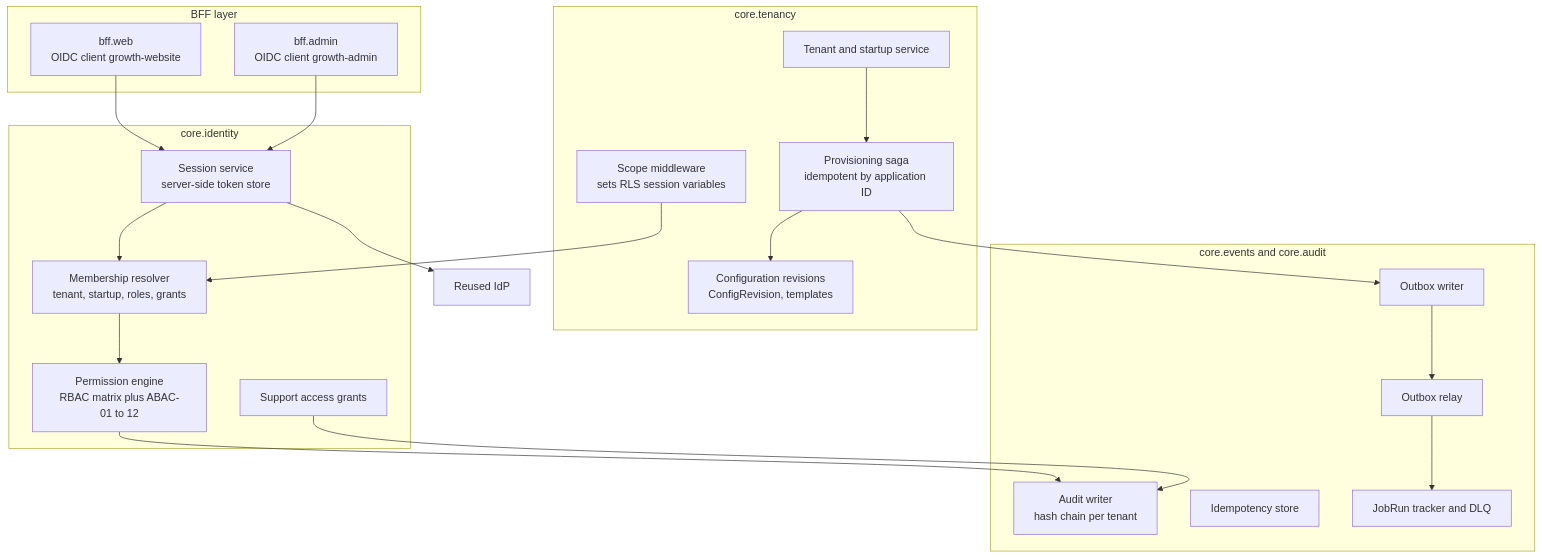
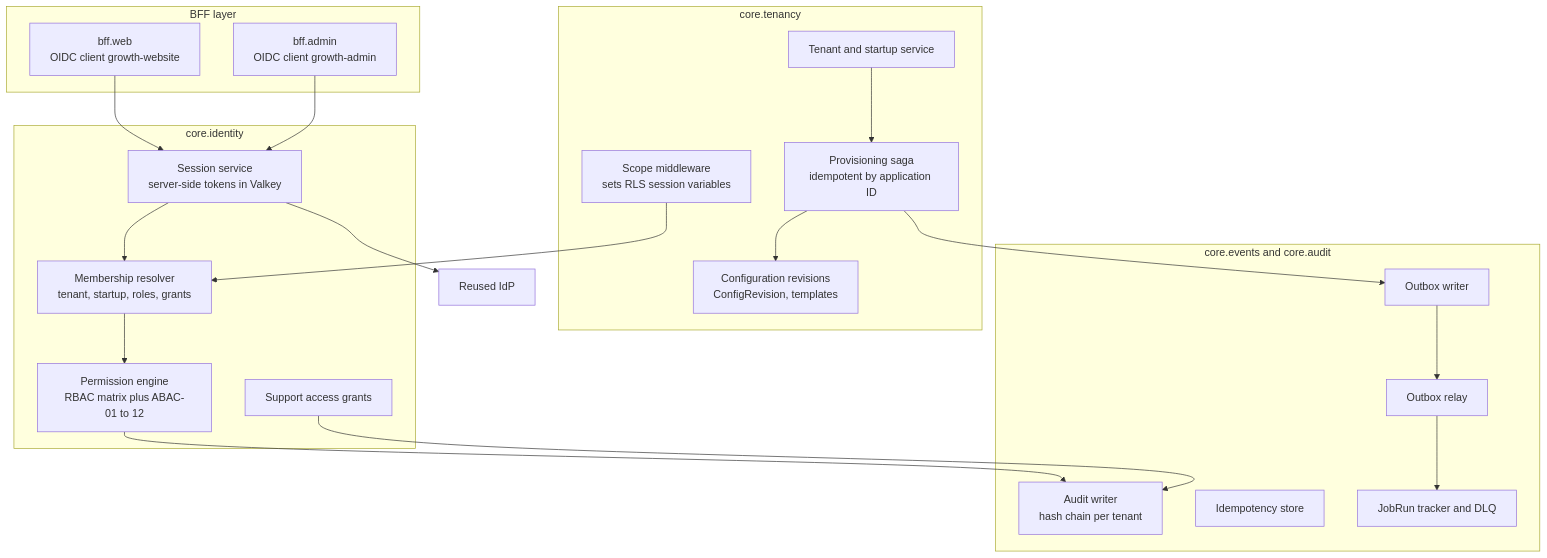
Before and after one commit to vishnukeerthi0428-ctrl/Allinonecalculator: the third of 19 diagrams in blueprint/Part-03-1_Architecture.md, drawn with Mermaid. The commit also changed other lines of this file and 1 other file, not shown here.

````diff
--- a/blueprint/Part-03-1_Architecture.md
+++ b/blueprint/Part-03-1_Architecture.md
@@ -220,40 +221,40 @@
 ```mermaid
 flowchart TD
   subgraph BFF["BFF layer"]
     BW["bff.web<br/>OIDC client growth-website"]
     BA["bff.admin<br/>OIDC client growth-admin"]
   end
   subgraph IDN["core.identity"]
-    SES["Session service<br/>server-side token store"]
+    SES["Session service<br/>server-side tokens in Valkey"]
     MEM["Membership resolver<br/>tenant, startup, roles, grants"]
     AUTHZ["Permission engine<br/>RBAC matrix plus ABAC-01 to 12"]
     SAG["Support access grants"]
   end
   subgraph TEN["core.tenancy"]
     TNS["Tenant and startup service"]
     PROV["Provisioning saga<br/>idempotent by application ID"]
     CFG["Configuration revisions<br/>ConfigRevision, templates"]
     SCOPE["Scope middleware<br/>sets RLS session variables"]
   end
   subgraph EVT["core.events and core.audit"]
     OBW["Outbox writer"]
     RLY["Outbox relay"]
     AUD["Audit writer<br/>hash chain per tenant"]
     IDEM["Idempotency store"]
     JOB["JobRun tracker and DLQ"]
   end
   IDP["Reused IdP"]
   BW --> SES
   BA --> SES
   SES --> IDP
   SES --> MEM
   MEM --> AUTHZ
   SCOPE --> MEM
   TNS --> PROV
   PROV --> CFG
   PROV --> OBW
   AUTHZ --> AUD
   OBW --> RLY
   RLY --> JOB
   SAG --> AUD
 ```
````
